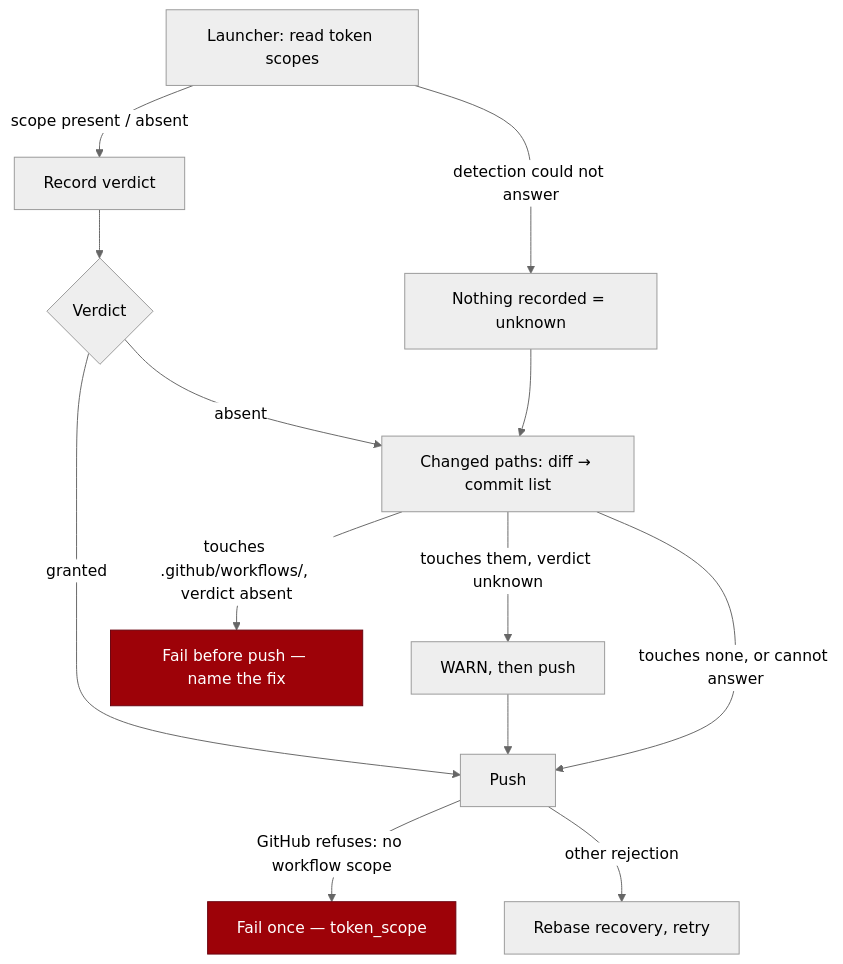
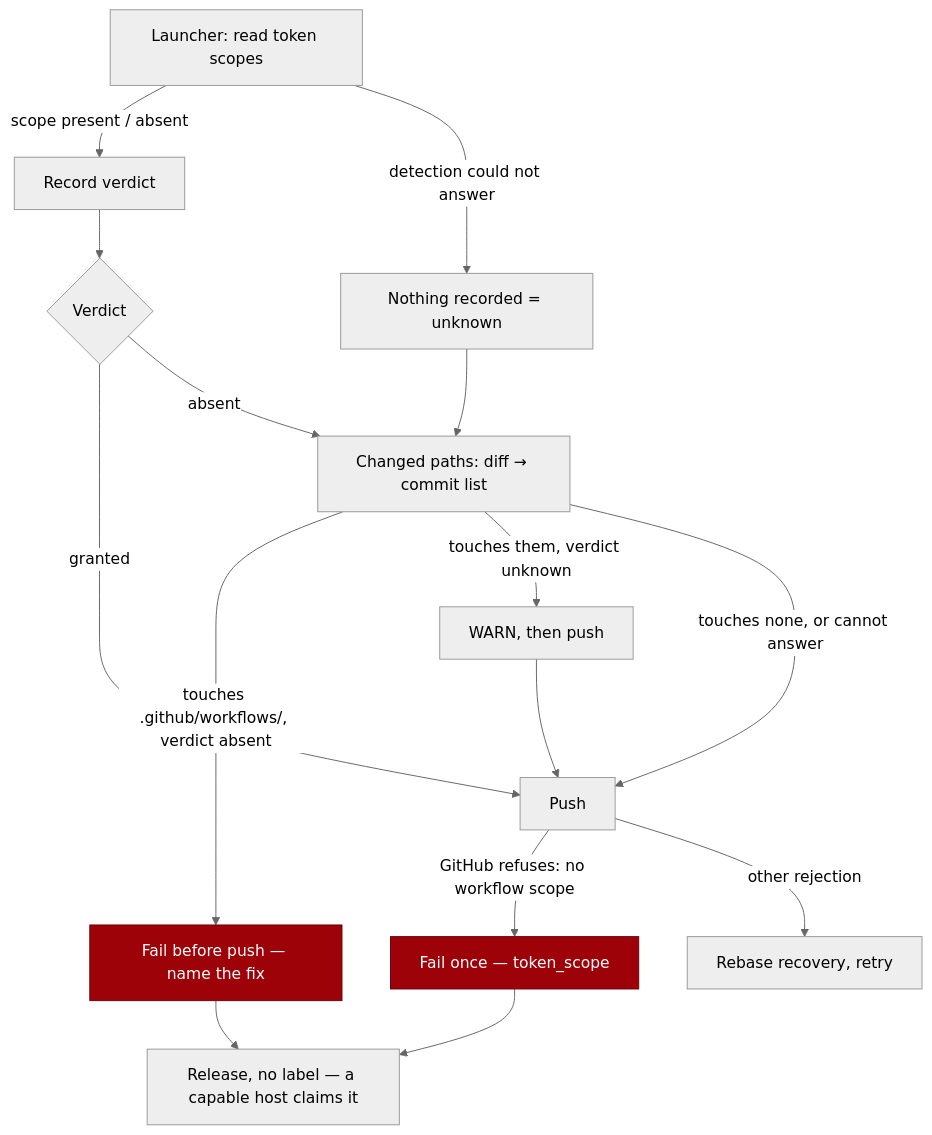
One commit to stSoftwareAU/VibeCoder changed the second of 2 diagrams in docs/SETUP.md. Above: the diagram before and after it, drawn with Mermaid (neutral theme). The commit also changed other lines of this file and 7 other files, not shown here.

First line of the commit message:
Release a token-scope refusal for a capable host (#2689)

````diff
--- a/docs/SETUP.md
+++ b/docs/SETUP.md
@@ -1514,16 +1520,18 @@
 ```mermaid
 flowchart TD
     S["Launcher: read token scopes"] -->|scope present / absent| R["Record verdict"]
     S -->|detection could not answer| U["Nothing recorded = unknown"]
     R --> C{"Verdict"}
     U --> D
     C -->|granted| P["Push"]
     C -->|absent| D["Changed paths: diff → commit list"]
     D -->|touches .github/workflows/, verdict absent| F["Fail before push — name the fix"]
     D -->|touches them, verdict unknown| WARN["WARN, then push"] --> P
     D -->|touches none, or cannot answer| P
     P -->|GitHub refuses: no workflow scope| F2["Fail once — token_scope"]
+    F --> REL["Release, no label — a capable host claims it"]
+    F2 --> REL
     P -->|other rejection| RC["Rebase recovery, retry"]
     style F fill:#9d0208,stroke:#6a040f,color:#fff
     style F2 fill:#9d0208,stroke:#6a040f,color:#fff
 ```
````
